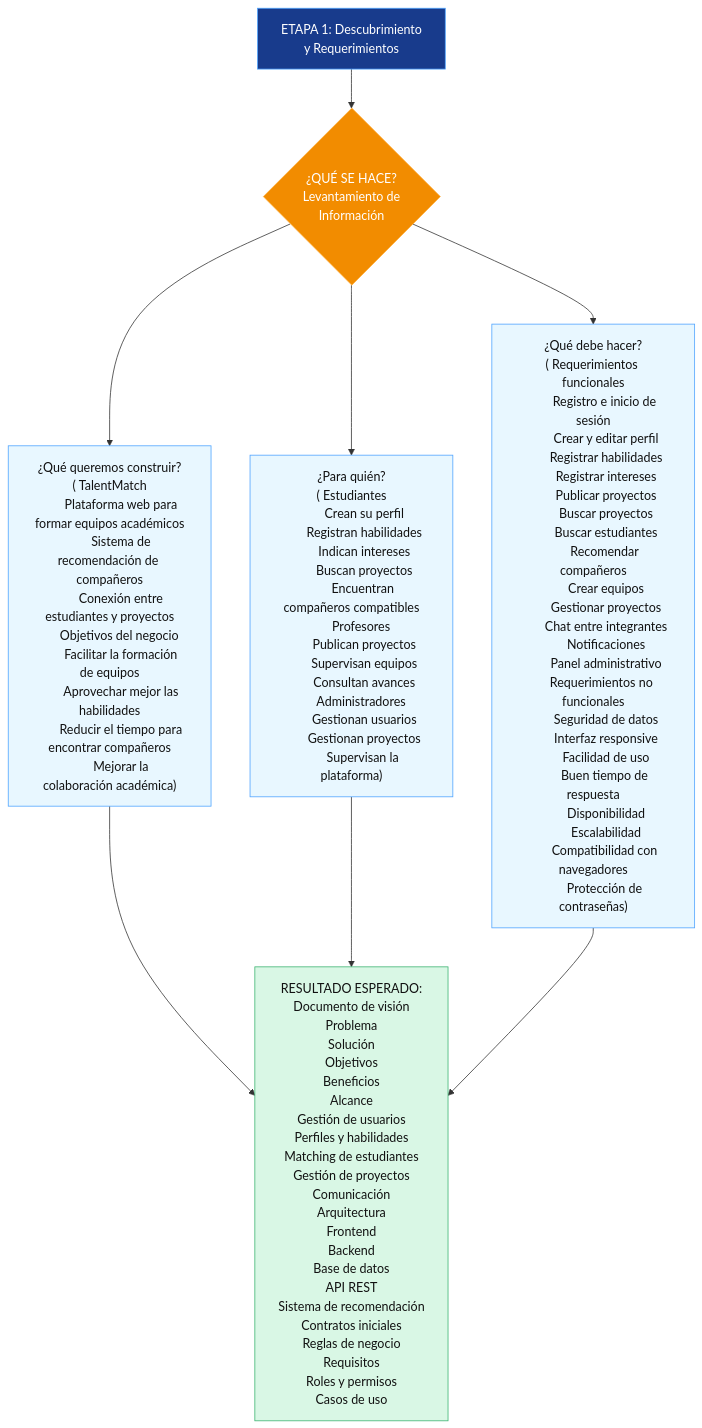
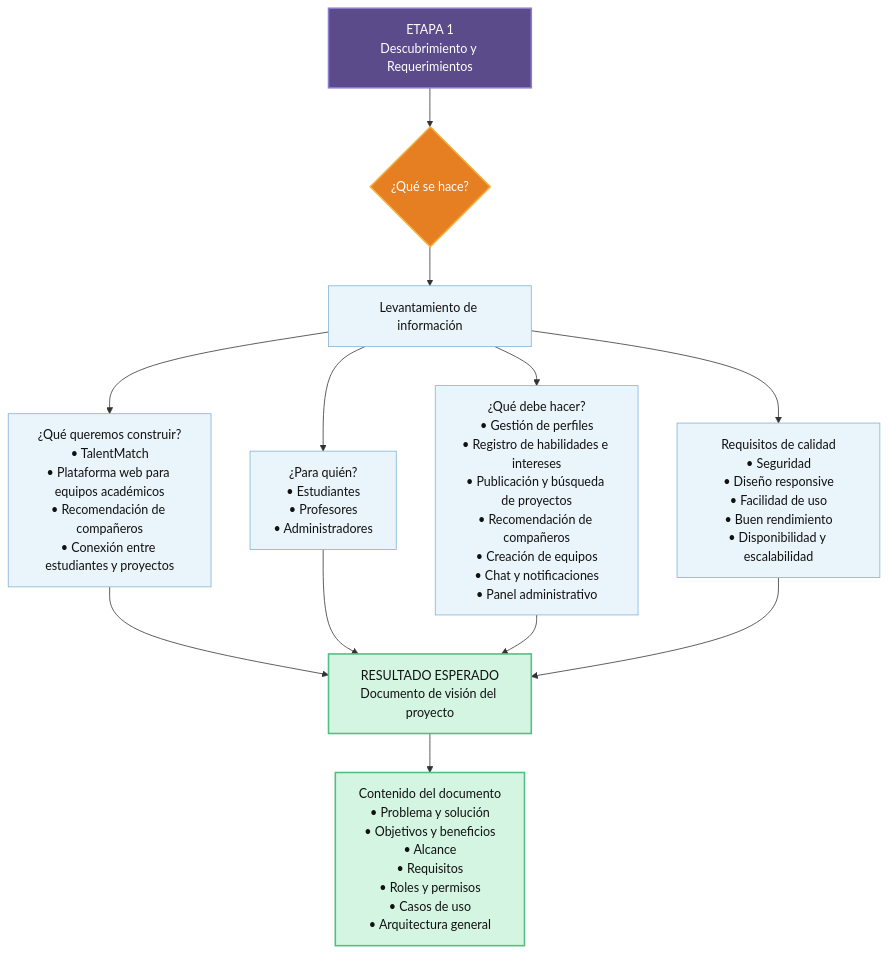
The diagram in Diagrama de flujo.mmd (wilmerrodriguezp-dotcom/TalentMatch), drawn with Mermaid before and after one commit.

```diff
--- a/Diagrama de flujo.mmd
+++ b/Diagrama de flujo.mmd
@@ -1,91 +1,40 @@
-flowchart TD
-    A["ETAPA 1: Descubrimiento<br/>y Requerimientos"]
-
-    B{"¿QUÉ SE HACE?<br/>Levantamiento de<br/>Información"}
-
-    C["¿Qué queremos construir?<br/>( TalentMatch
-        Plataforma web para formar equipos académicos
-        Sistema de recomendación de compañeros
-        Conexión entre estudiantes y proyectos
-      Objetivos del negocio
-        Facilitar la formación de equipos
-        Aprovechar mejor las habilidades
-        Reducir el tiempo para encontrar compañeros
-        Mejorar la colaboración académica)"]
-    D["¿Para quién?<br/>( Estudiantes
-        Crean su perfil
-        Registran habilidades
-        Indican intereses
-        Buscan proyectos
-        Encuentran compañeros compatibles
-      Profesores
-        Publican proyectos
-        Supervisan equipos
-        Consultan avances
-      Administradores
-        Gestionan usuarios
-        Gestionan proyectos
-        Supervisan la plataforma)"]
-    E["¿Qué debe hacer?<br/>( Requerimientos funcionales
-        Registro e inicio de sesión
-        Crear y editar perfil
-        Registrar habilidades
-        Registrar intereses
-        Publicar proyectos
-        Buscar proyectos
-        Buscar estudiantes
-        Recomendar compañeros
-        Crear equipos
-        Gestionar proyectos
-        Chat entre integrantes
-        Notificaciones
-        Panel administrativo
-      Requerimientos no funcionales
-        Seguridad de datos
-        Interfaz responsive
-        Facilidad de uso
-        Buen tiempo de respuesta
-        Disponibilidad
-        Escalabilidad
-        Compatibilidad con navegadores
-        Protección de contraseñas)"]
-
-    F["RESULTADO ESPERADO:<br/>  Documento de visión
-        Problema
-        Solución
-        Objetivos
-        Beneficios
-      Alcance
-        Gestión de usuarios
-        Perfiles y habilidades
-        Matching de estudiantes
-        Gestión de proyectos
-        Comunicación
-      Arquitectura
-        Frontend
-        Backend
-        Base de datos
-        API REST
-        Sistema de recomendación
-      Contratos iniciales
-        Reglas de negocio
-        Requisitos
-        Roles y permisos
-        Casos de uso"]
-
-    A --> B
-
-    B --> C
-    B --> D
-    B --> E
-
-    C --> F
-    D --> F
-    E --> F
-
-    style A fill:#183b8c,color:#fff,stroke:#4da3ff
-    style B fill:#f28c00,color:#fff,stroke:#ffb347
-    style C fill:#e8f7ff,color:#111,stroke:#4da3ff
-    style D fill:#e8f7ff,color:#111,stroke:#4da3ff
-    style E fill:#e8f7ff,color:#111,stroke:#4da3ff
-    style F fill:#d9f7e5,color:#111,stroke:#3cb371
+flowchart TD 
+    A["ETAPA 1<br/>Descubrimiento y Requerimientos"] 
+ 
+    B{"¿Qué se hace?"} 
+    B1["Levantamiento de información"] 
+ 
+    C["¿Qué queremos construir?<br/>• TalentMatch<br/>• Plataforma web para equipos académicos<br/>• Recomendación de compañeros<br/>• Conexión entre estudiantes y proyectos"] 
+ 
+    D["¿Para quién?<br/>• Estudiantes<br/>• Profesores<br/>• Administradores"] 
+ 
+    E["¿Qué debe hacer?<br/>• Gestión de perfiles<br/>• Registro de habilidades e intereses<br/>• Publicación y búsqueda de proyectos<br/>• Recomendación de compañeros<br/>• Creación de equipos<br/>• Chat y notificaciones<br/>• Panel administrativo"] 
+ 
+    G["Requisitos de calidad<br/>• Seguridad<br/>• Diseño responsive<br/>• Facilidad de uso<br/>• Buen rendimiento<br/>• Disponibilidad y escalabilidad"] 
+ 
+    F["RESULTADO ESPERADO<br/>Documento de visión del proyecto"] 
+ 
+    H["Contenido del documento<br/>• Problema y solución<br/>• Objetivos y beneficios<br/>• Alcance<br/>• Requisitos<br/>• Roles y permisos<br/>• Casos de uso<br/>• Arquitectura general"] 
+ 
+    A --> B 
+    B --> B1 
+    B1 --> C 
+    B1 --> D 
+    B1 --> E 
+    B1 --> G 
+ 
+    C --> F 
+    D --> F 
+    E --> F 
+    G --> F 
+    F --> H 
+ 
+    classDef etapa fill:#5B4B8A,color:#fff,stroke:#8A7CCF,stroke-width:2px; 
+    classDef decision fill:#E67E22,color:#fff,stroke:#F5B041,stroke-width:2px; 
+    classDef bloque fill:#EAF4FB,color:#111,stroke:#7FB3D5,stroke-width:1px; 
+    classDef resultado fill:#D5F5E3,color:#111,stroke:#52BE80,stroke-width:2px; 
+ 
+    class A etapa; 
+    class B decision; 
+    class B1,C,D,E,G bloque; 
+    class F,H resultado;
```
